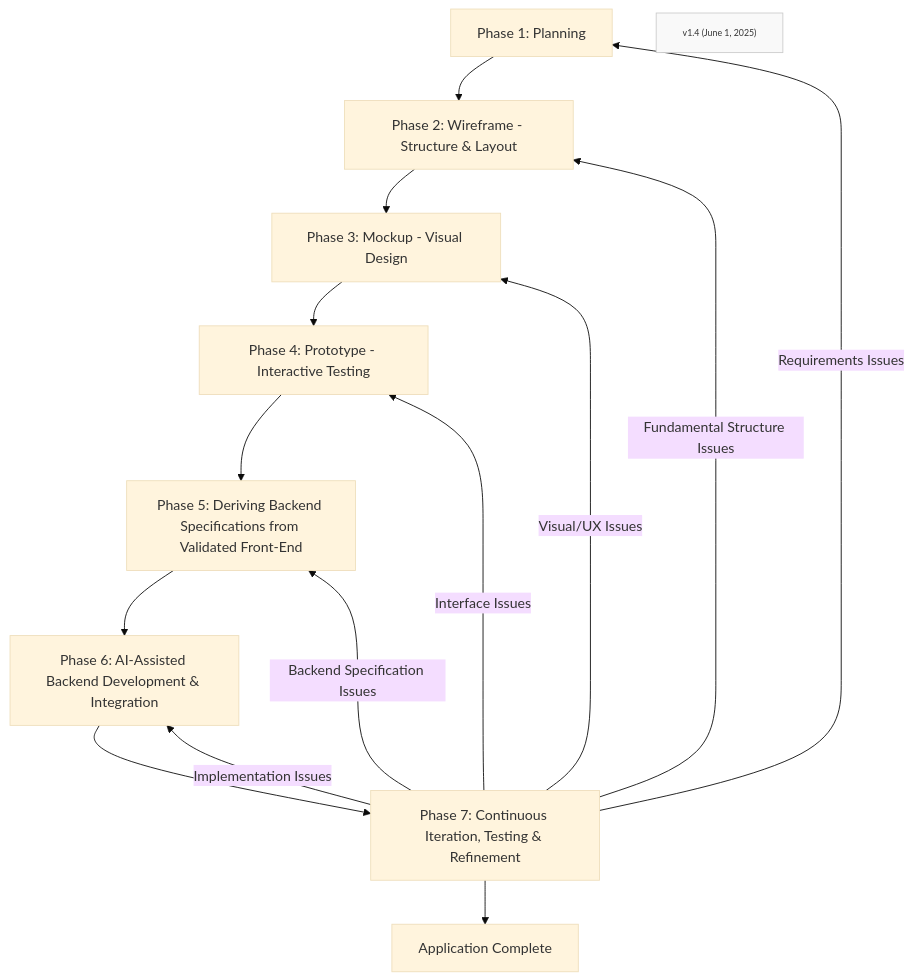
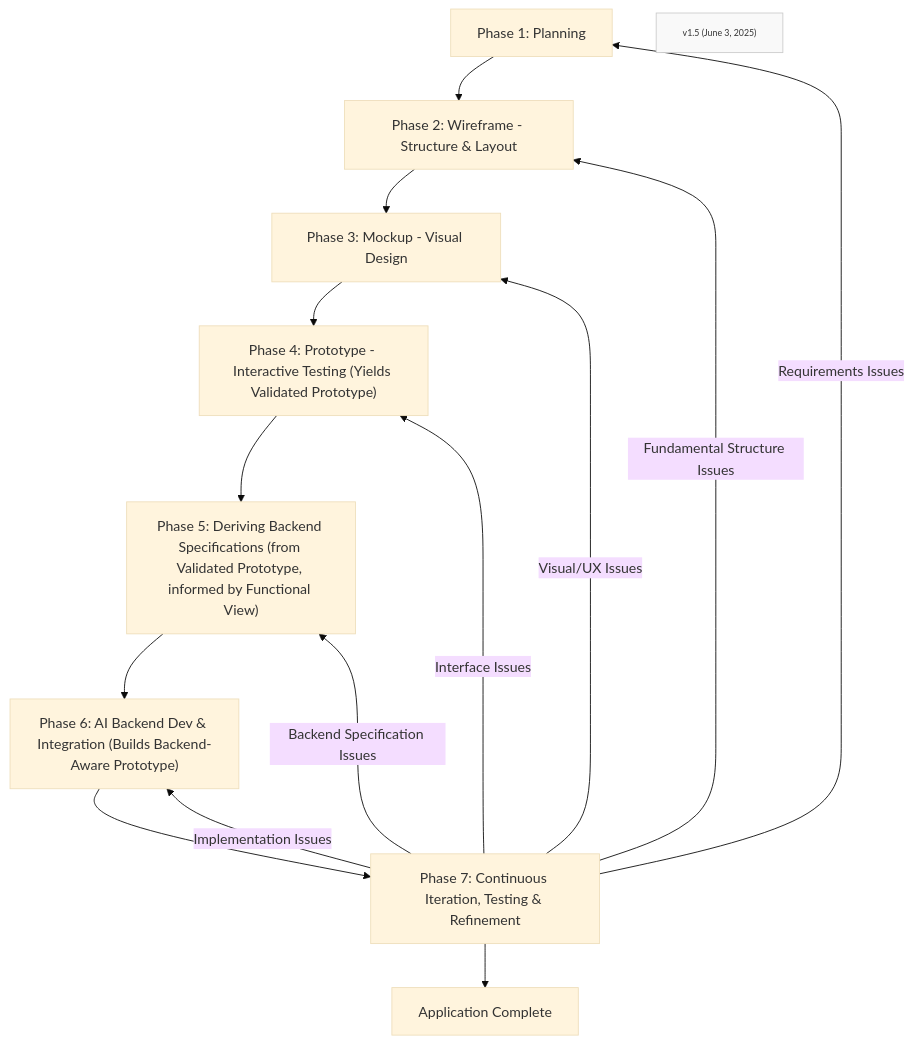
One commit to Mharbulous/Front-First-Method changed the diagram in Phases/FF-overview.md. Above: the diagram before and after it, drawn with Mermaid (base theme).

Commit message:
Revised the overview diagram (version 1.5)

````diff
--- a/Phases/FF-overview.md
+++ b/Phases/FF-overview.md
@@ -1,22 +1,22 @@
 ```mermaid
 graph TD
-Phase1["Phase 1: Planning"] --> Phase2["Phase 2: Wireframe - Structure & Layout"]
+    Phase1["Phase 1: Planning"] --> Phase2["Phase 2: Wireframe - Structure & Layout"]
     Phase2 --> Phase3["Phase 3: Mockup - Visual Design"]
-    Phase3 --> Phase4["Phase 4: Prototype - Interactive Testing"]
-    Phase4 --> Phase5["Phase 5: Deriving Backend Specifications from Validated Front-End"]
-    Phase5 --> Phase6["Phase 6: AI-Assisted Backend Development & Integration"]
+    Phase3 --> Phase4["Phase 4: Prototype - Interactive Testing (Yields Validated Prototype)"]
+    Phase4 --> Phase5["Phase 5: Deriving Backend Specifications (from Validated Prototype, informed by Functional View)"]
+    Phase5 --> Phase6["Phase 6: AI Backend Dev & Integration (Builds Backend-Aware Prototype)"]
     Phase6 --> Phase7["Phase 7: Continuous Iteration, Testing & Refinement"]
     Phase7 --> Phase8["Application Complete"]
-    
+
     Phase7 -->|Implementation Issues| Phase6
     Phase7 -->|Interface Issues| Phase4
     Phase7 -->|Backend Specification Issues| Phase5
     Phase7 -->|Visual/UX Issues| Phase3
     Phase7 -->|Fundamental Structure Issues| Phase2
     Phase7 -->|Requirements Issues| Phase1
-    
-    Version["v1.4 (June 1, 2025)"]
-    
+
+    Version["v1.5 (June 3, 2025)"]
+
     classDef version fill:#f9f9f9,stroke:#ccc,font-size:10px
     class Version version
 ```
````
